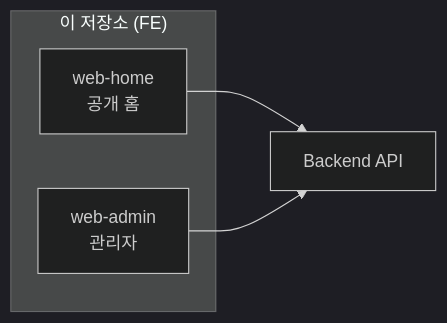
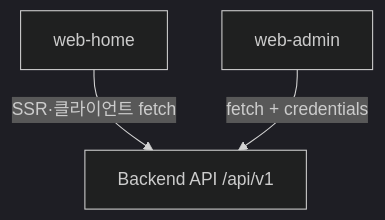
The diagram in README.md (oh1marin/Number-One-Daeri-fe), drawn with Mermaid (dark theme) before and after one commit. The commit also changed other lines of this file, not shown here.

Commit message:
docs(README): add Sites, Highlights, and admin API mapping from source

````diff
--- a/README.md
+++ b/README.md
@@ -64,10 +152,8 @@
 ```mermaid
-flowchart LR
-  subgraph clients["이 저장소 (FE)"]
-    H["web-home<br/>공개 홈"]
-    A["web-admin<br/>관리자"]
-  end
-  API["Backend API"]
-  H --> API
-  A --> API
+flowchart TB
+  WH["web-home"]
+  WA["web-admin"]
+  API["Backend API /api/v1"]
+  WH -->|"SSR·클라이언트 fetch"| API
+  WA -->|"fetch + credentials"| API
 ```
````
